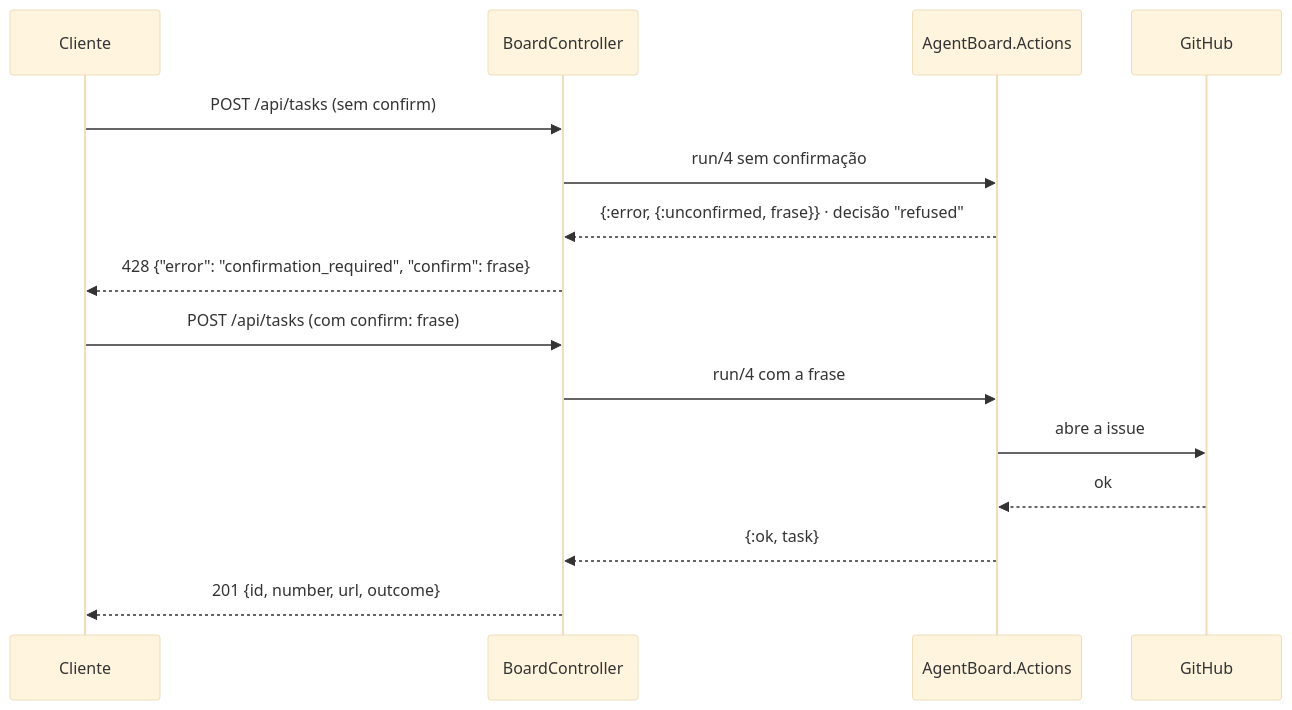
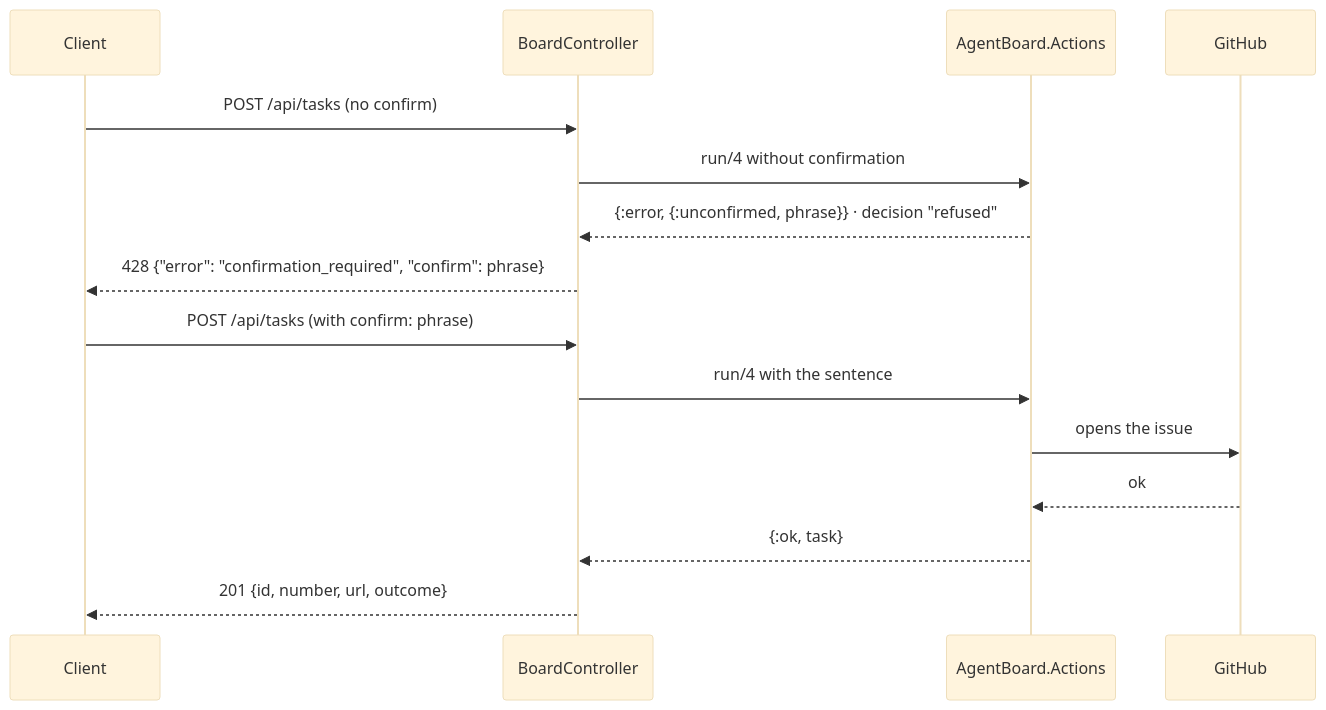
Before and after one commit to sallaumen/dsh-superagent-superboard: the diagram in docs/api.md, drawn with Mermaid (base theme). The commit also changed other lines of this file and 34 other files, not shown here.

````diff
--- a/docs/api.md
+++ b/docs/api.md
@@ -44,17 +44,17 @@
 ```mermaid
 sequenceDiagram
-    participant C as Cliente
+    participant C as Client
     participant B as BoardController
     participant A as AgentBoard.Actions
     participant G as GitHub
-    C->>B: POST /api/tasks (sem confirm)
-    B->>A: run/4 sem confirmação
-    A-->>B: {:error, {:unconfirmed, frase}} · decisão "refused"
-    B-->>C: 428 {"error": "confirmation_required", "confirm": frase}
-    C->>B: POST /api/tasks (com confirm: frase)
-    B->>A: run/4 com a frase
-    A->>G: abre a issue
+    C->>B: POST /api/tasks (no confirm)
+    B->>A: run/4 without confirmation
+    A-->>B: {:error, {:unconfirmed, phrase}} · decision "refused"
+    B-->>C: 428 {"error": "confirmation_required", "confirm": phrase}
+    C->>B: POST /api/tasks (with confirm: phrase)
+    B->>A: run/4 with the sentence
+    A->>G: opens the issue
     G-->>A: ok
     A-->>B: {:ok, task}
     B-->>C: 201 {id, number, url, outcome}
 ```
````
